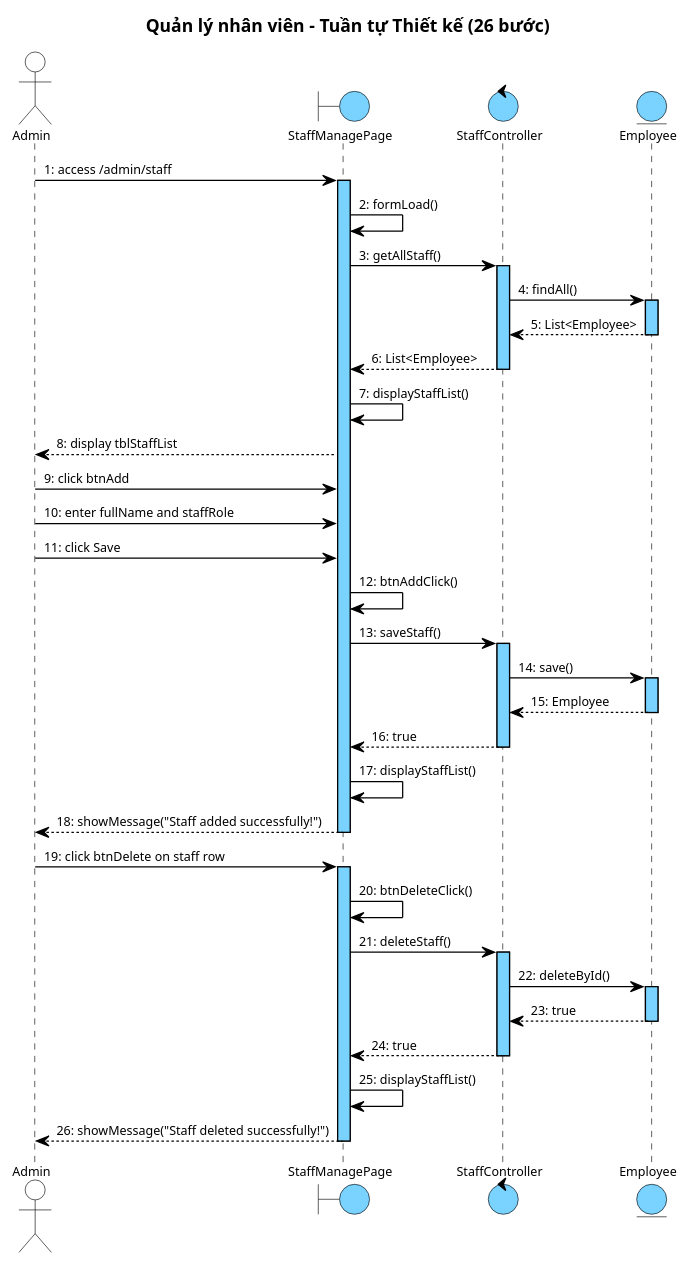
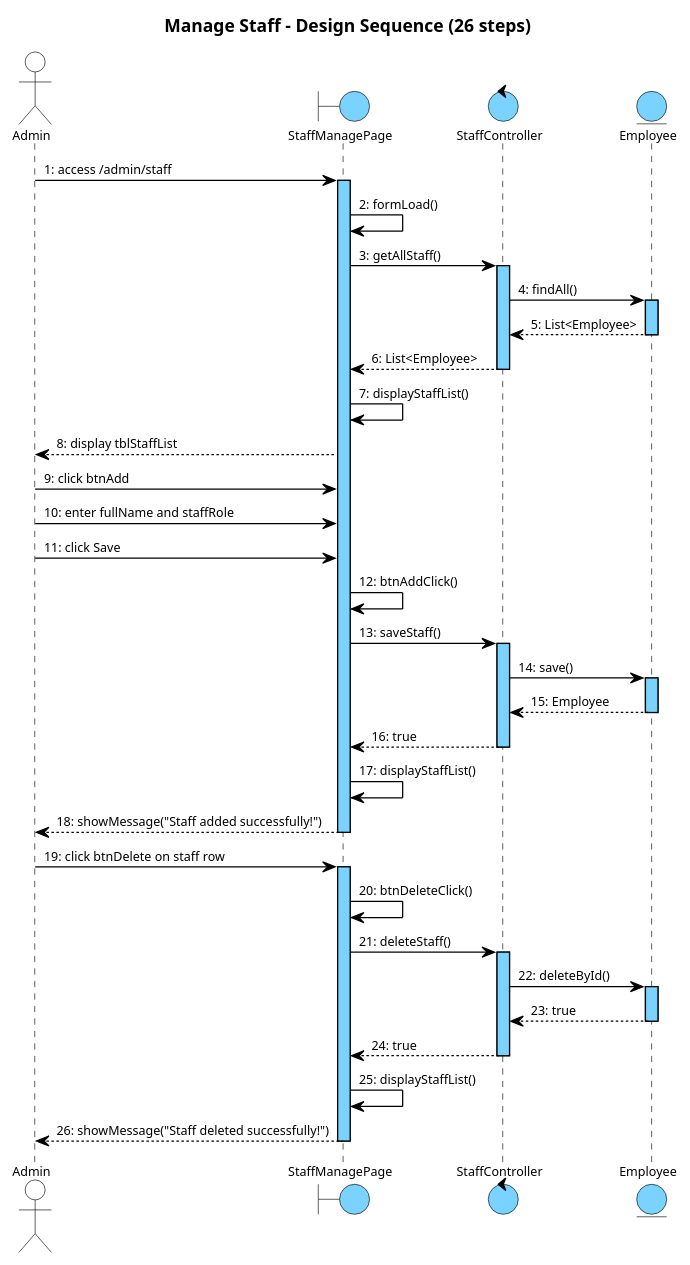
The eighth of 8 diagrams in docs/tabs/account/iii-design.md (thanhtrnnn/cnpm), drawn with PlantUML before and after one commit. The commit also changed other lines of this file and 13 other files, not shown here.

First line of the commit message:
fix: English-only sequence diagrams + independent abstractNum per numbered list

```diff
--- a/docs/tabs/account/iii-design.md
+++ b/docs/tabs/account/iii-design.md
@@ -1101,7 +1101,7 @@
   }
 }
 </style>
-title Quản lý nhân viên – Tuần tự Thiết kế (26 bước)
+title Manage Staff – Design Sequence (26 steps)
 
 actor "Admin" as Admin
 boundary StaffManagePage as B1
```
